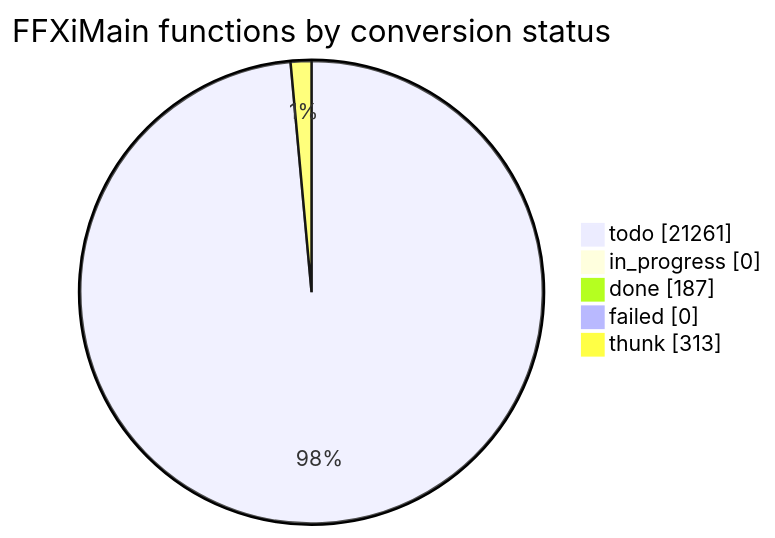
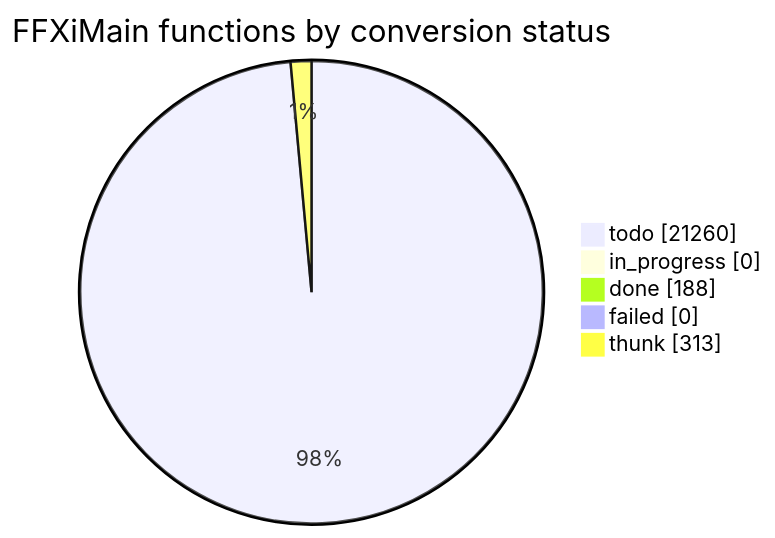
Before and after one commit to cowrevenge/cow_kuluu_xi_anything: the diagram in docs/cow/STATUS.md, drawn with Mermaid. The commit also changed other lines of this file and 9 other files, not shown here.

````diff
--- a/docs/cow/STATUS.md
+++ b/docs/cow/STATUS.md
@@ -18,9 +18,9 @@
 ```mermaid
 pie showData
     title FFXiMain functions by conversion status
-    "todo" : 21261
+    "todo" : 21260
     "in_progress" : 0
-    "done" : 187
+    "done" : 188
     "failed" : 0
     "thunk" : 313
 ```
````
